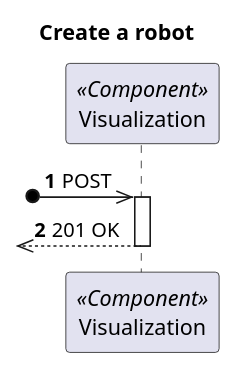
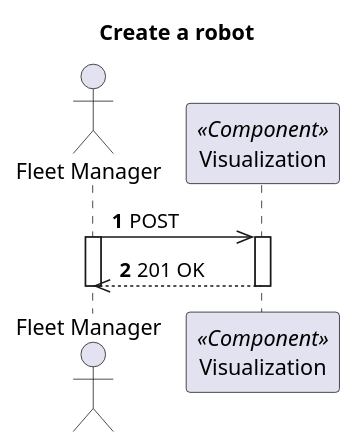
The diagram in docs/VistaProcesso/US360(1010)/Visualization/ProcessView_Level2_US1010.puml (1210910/lapr5), drawn with PlantUML before and after one commit. The commit also changed 14 other files, not shown here.

Commit message:
Fixed diagrams (actor)

```diff
--- a/docs/VistaProcesso/US360(1010)/Visualization/ProcessView_Level2_US1010.puml
+++ b/docs/VistaProcesso/US360(1010)/Visualization/ProcessView_Level2_US1010.puml
@@ -1,18 +1,21 @@
 @startuml Process View - Level 2 - Create a robot
 'https://plantuml.com/sequence-diagram
 
 autonumber
 
 skinparam packageStyle rect
 
 title Create a robot
 
+actor "Fleet Manager" as FM
 participant "Visualization" as V <<Component>>
 
-?o->> V : POST
+FM->> V : POST
 
+activate FM
 activate V
-?o<<--- V : 201 OK
+FM<<--- V : 201 OK
 deactivate V
+deactivate FM
 
 @enduml
```
